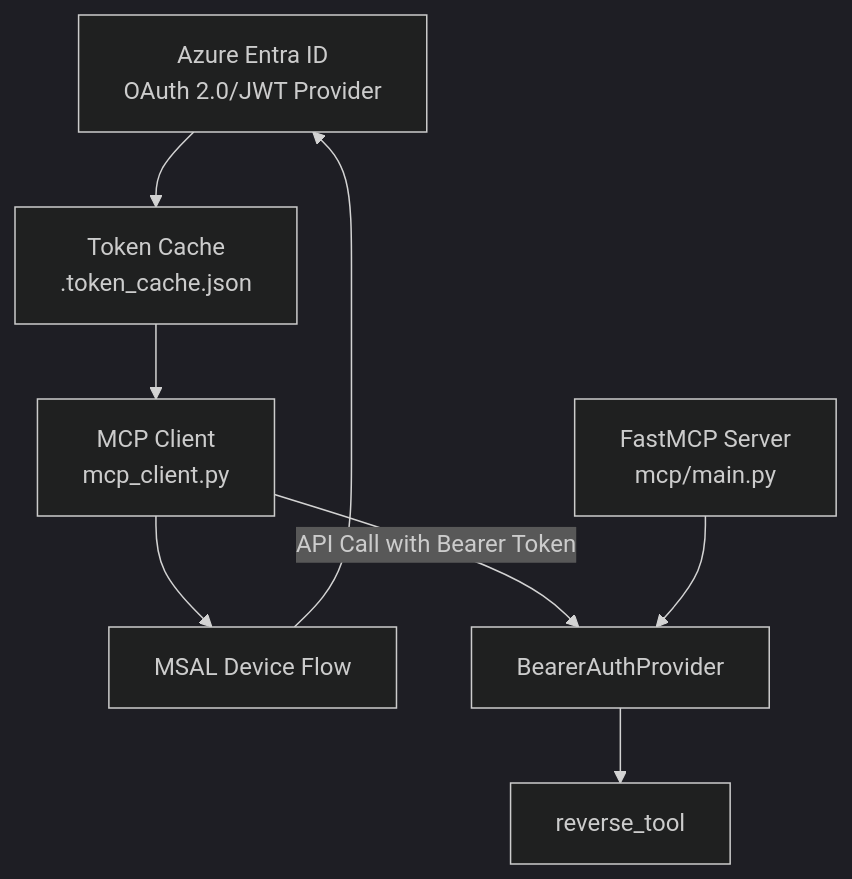
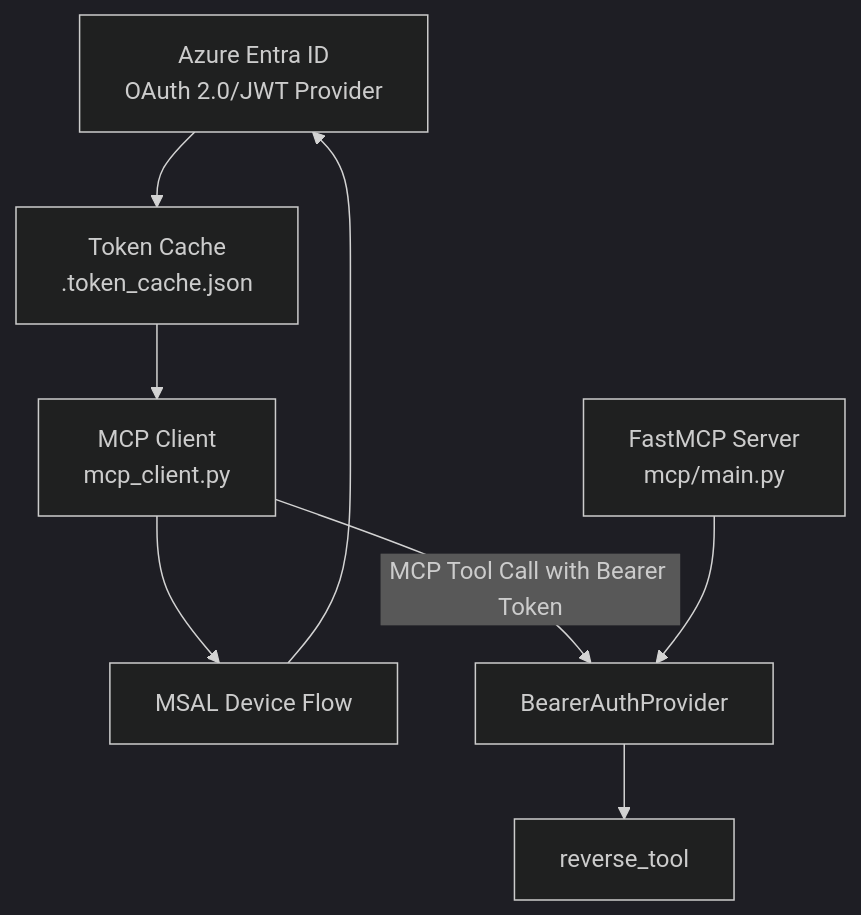
One commit to gbaeke/fastmcp-auth changed the diagram in README.md. Above: the diagram before and after it, drawn with Mermaid (dark theme).

Commit message:
fix: clarify diagram label for MCP tool call in README.md

````diff
--- a/README.md
+++ b/README.md
@@ -12,21 +12,21 @@
 ```mermaid
 graph TD
     AAD[Azure Entra ID<br>OAuth 2.0/JWT Provider] 
     
     C[MCP Client<br>mcp_client.py]
     DF[MSAL Device Flow]
     TC[Token Cache<br>.token_cache.json]
     
     S[FastMCP Server<br>mcp/main.py]
     AUTH[BearerAuthProvider]
     TOOL[reverse_tool]
     
     C --> DF
     DF --> AAD
     AAD --> TC
     TC --> C
     
-    C --> |API Call with Bearer Token| AUTH
+    C --> |MCP Tool Call with Bearer Token| AUTH
     
     S --> AUTH --> TOOL
 ```
````
